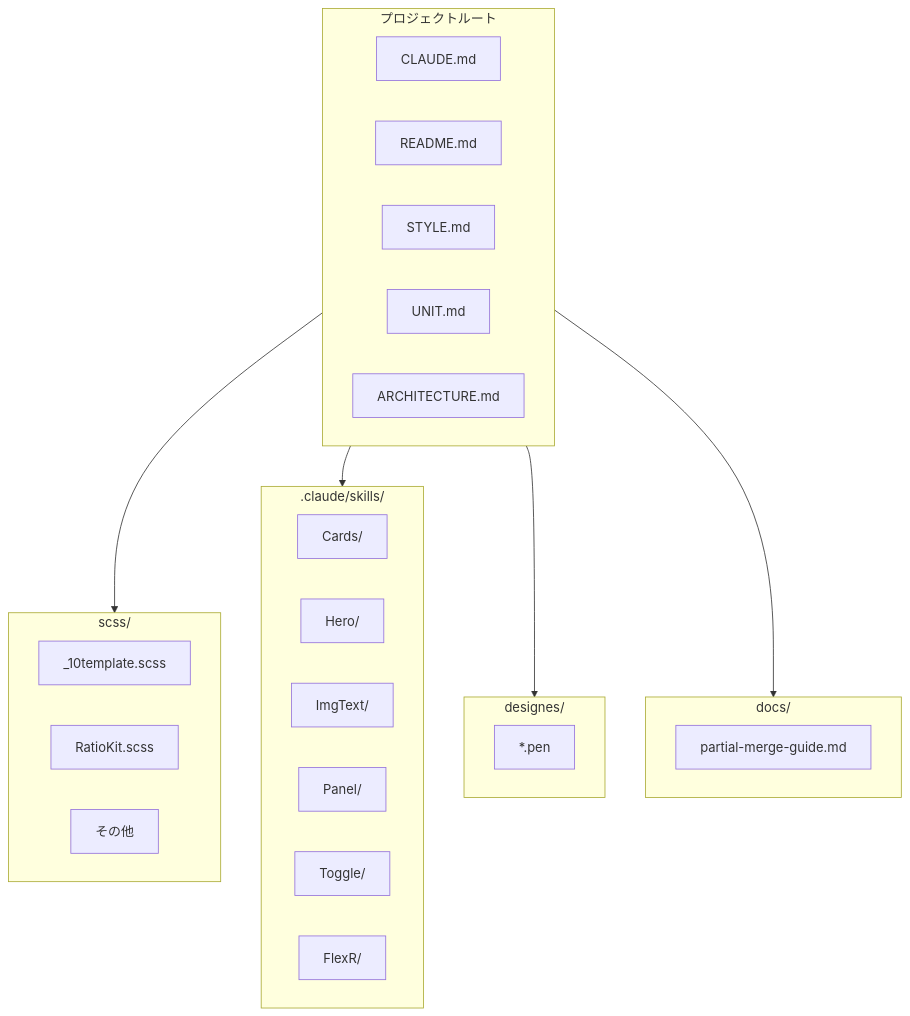
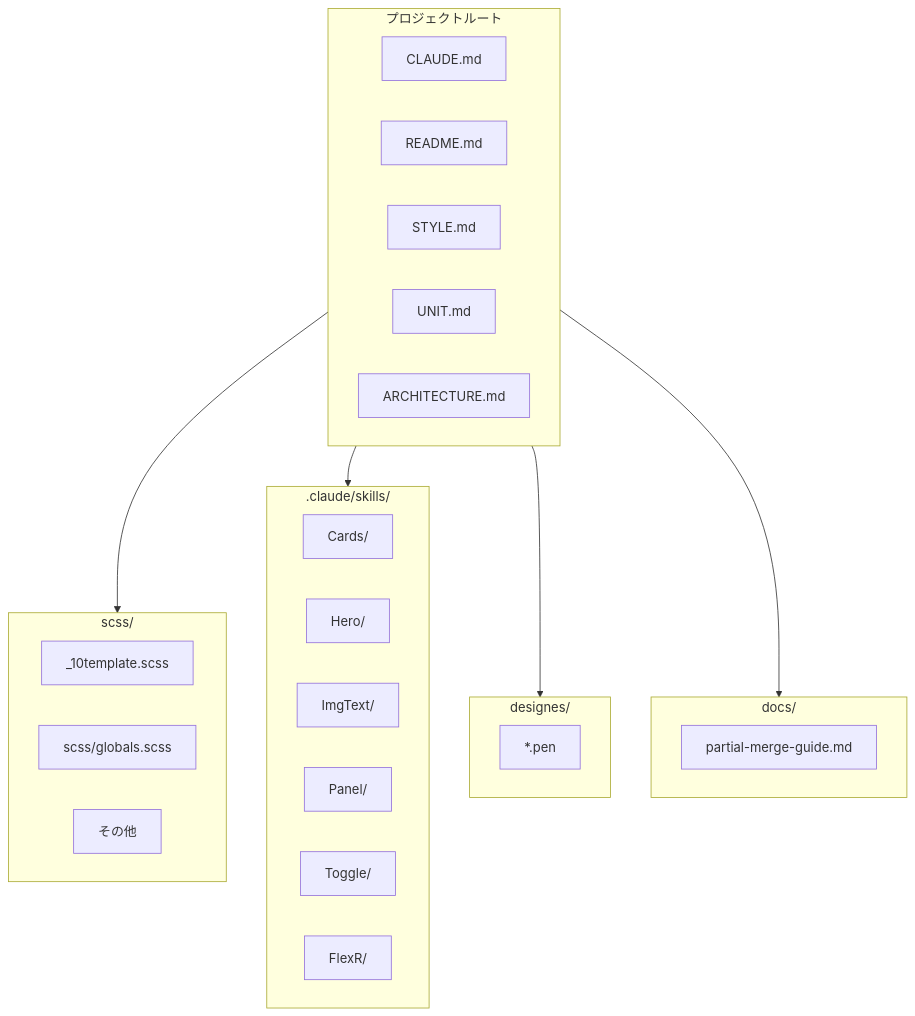
Before and after one commit to yuremono/BurnYourOwnStyle: the fourth of 4 diagrams in ARCHITECTURE.md, drawn with Mermaid. The commit also changed 50 other files, not shown here.

````diff
--- a/ARCHITECTURE.md
+++ b/ARCHITECTURE.md
@@ -117,38 +117,38 @@
 ```mermaid
 graph TD
     subgraph Root[プロジェクトルート]
         CLAUDE[CLAUDE.md]
         README[README.md]
         STYLE[STYLE.md]
         UNIT[UNIT.md]
         ARCH[ARCHITECTURE.md]
     end
 
     subgraph SCSS[scss/]
         T1[_10template.scss]
-        T2[RatioKit.scss]
+        T2[scss/globals.scss]
         T3[その他]
     end
 
     subgraph Skills[.claude/skills/]
         S1[Cards/]
         S2[Hero/]
         S3[ImgText/]
         S4[Panel/]
         S5[Toggle/]
         S6[FlexR/]
     end
 
     subgraph Design[designes/]
         D1[*.pen]
     end
 
     subgraph Docs[docs/]
         DOC1[partial-merge-guide.md]
     end
 
     Root --> SCSS
     Root --> Skills
     Root --> Design
     Root --> Docs
 ```
````
